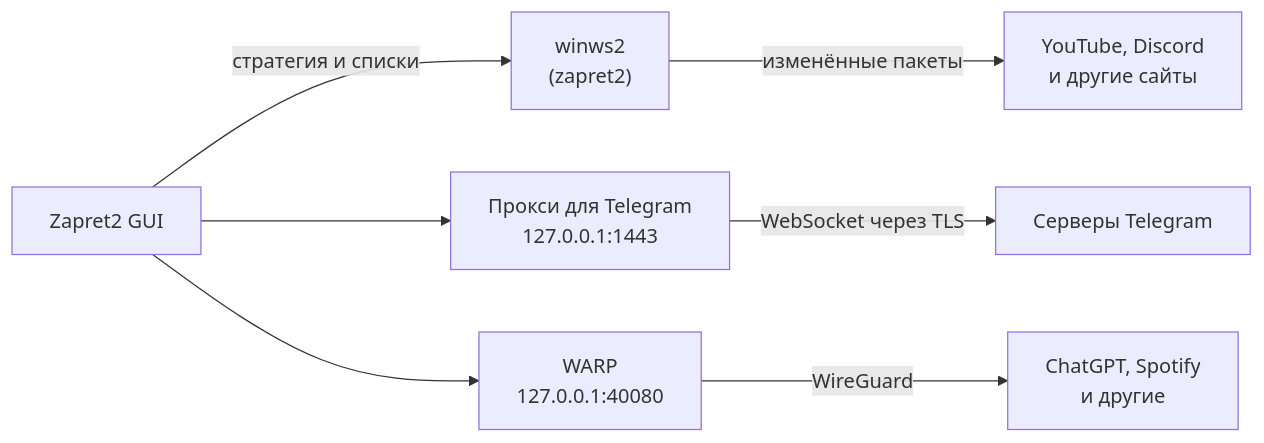
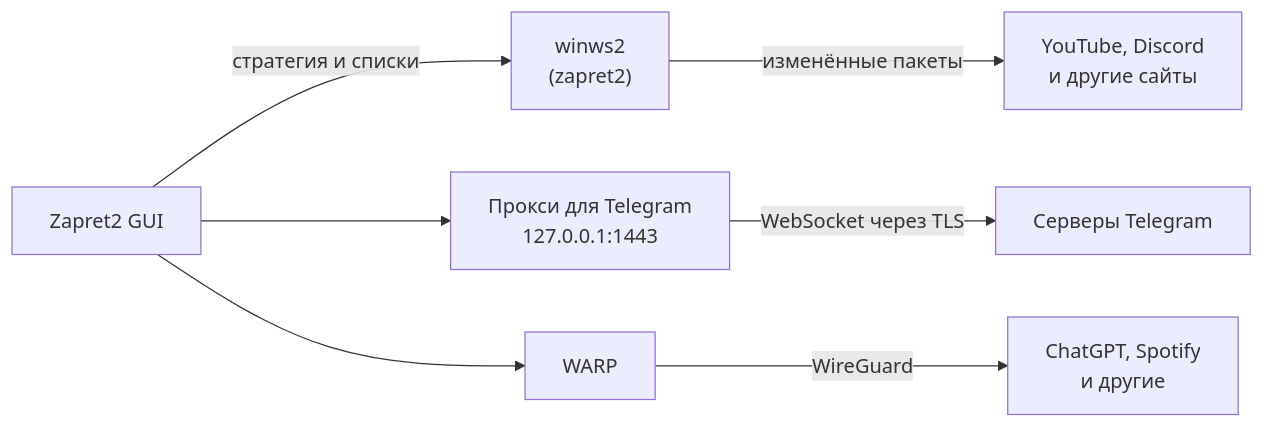
Before and after one commit to raiyaxkrash/zapret2-rust: the diagram in README.md, drawn with Mermaid. The commit also changed other lines of this file and 13 other files, not shown here.

````diff
--- a/README.md
+++ b/README.md
@@ -126,9 +171,9 @@
 ```mermaid
 flowchart LR
     A["Zapret2 GUI"] -->|стратегия и списки| B["winws2<br/>(zapret2)"]
     B -->|изменённые пакеты| C["YouTube, Discord<br/>и другие сайты"]
     A --> D["Прокси для Telegram<br/>127.0.0.1:1443"]
     D -->|WebSocket через TLS| E["Серверы Telegram"]
-    A --> F["WARP<br/>127.0.0.1:40080"]
+    A --> F["WARP"]
     F -->|WireGuard| G["ChatGPT, Spotify<br/>и другие"]
 ```
````
